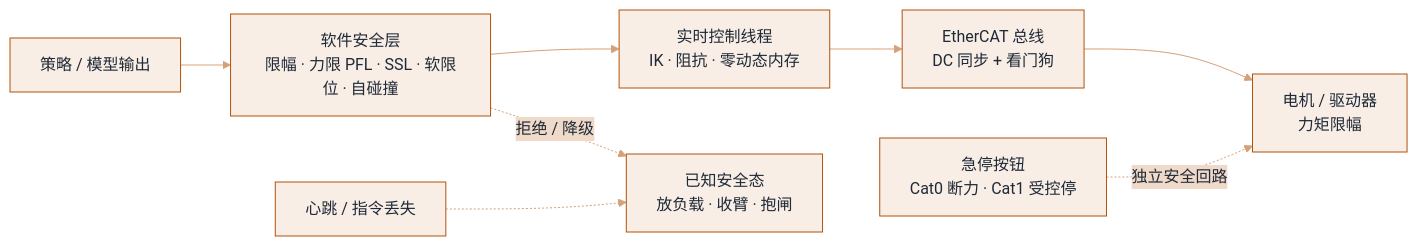
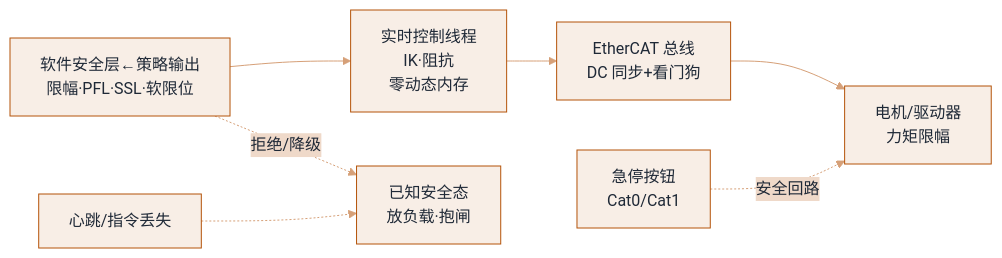
One commit to funny8kids/ai-agent-handbook changed the diagram in docs/17-embodied-ai/hardware-realtime-safety.md. Above: the diagram before and after it, drawn with Mermaid. The commit also changed other lines of this file and 39 other files, not shown here.

First line of the commit message:
Round 15: re-measure all diagrams on GitBook's real mermaid version (11.14.0)

````diff
--- a/docs/17-embodied-ai/hardware-realtime-safety.md
+++ b/docs/17-embodied-ai/hardware-realtime-safety.md
@@ -53,11 +53,10 @@
 ```mermaid
 %%{init: {"theme":"base","themeVariables":{"primaryColor":"#F8EEE6","primaryBorderColor":"#B45309","primaryTextColor":"#1F2937","secondaryColor":"#EFD9C9","tertiaryColor":"#FCF8F5","lineColor":"#D6A078","actorBkg":"#F9F1EB","actorBorder":"#B45309","actorTextColor":"#1F2937","signalColor":"#CB8753","noteBkgColor":"#F2E0D3","noteBorderColor":"#B45309","noteTextColor":"#1F2937","labelBoxBkgColor":"#F8EEE6","labelBoxBorderColor":"#B45309"}}}%%
 flowchart LR
-  POL[策略 / 模型输出] --> SW[软件安全层<br/>限幅 · 力限 PFL · SSL · 软限位 · 自碰撞]
-  SW --> RT[实时控制线程<br/>IK · 阻抗 · 零动态内存]
-  RT --> BUS[EtherCAT 总线<br/>DC 同步 + 看门狗]
-  BUS --> MOT[电机 / 驱动器<br/>力矩限幅]
-  STOP[急停按钮<br/>Cat0 断力 · Cat1 受控停] -. 独立安全回路 .-> MOT
-  WDG[心跳 / 指令丢失] -.-> FAULT[已知安全态<br/>放负载 · 收臂 · 抱闸]
-  SW -. 拒绝 / 降级 .-> FAULT
+  SW[软件安全层←策略输出<br/>限幅·PFL·SSL·软限位] --> RT[实时控制线程<br/>IK·阻抗<br/>零动态内存]
+  RT --> BUS[EtherCAT 总线<br/>DC 同步+看门狗]
+  BUS --> MOT[电机/驱动器<br/>力矩限幅]
+  STOP[急停按钮<br/>Cat0/Cat1] -. 安全回路 .-> MOT
+  WDG[心跳/指令丢失] -.-> FAULT[已知安全态<br/>放负载·抱闸]
+  SW -. 拒绝/降级 .-> FAULT
 ```
````
